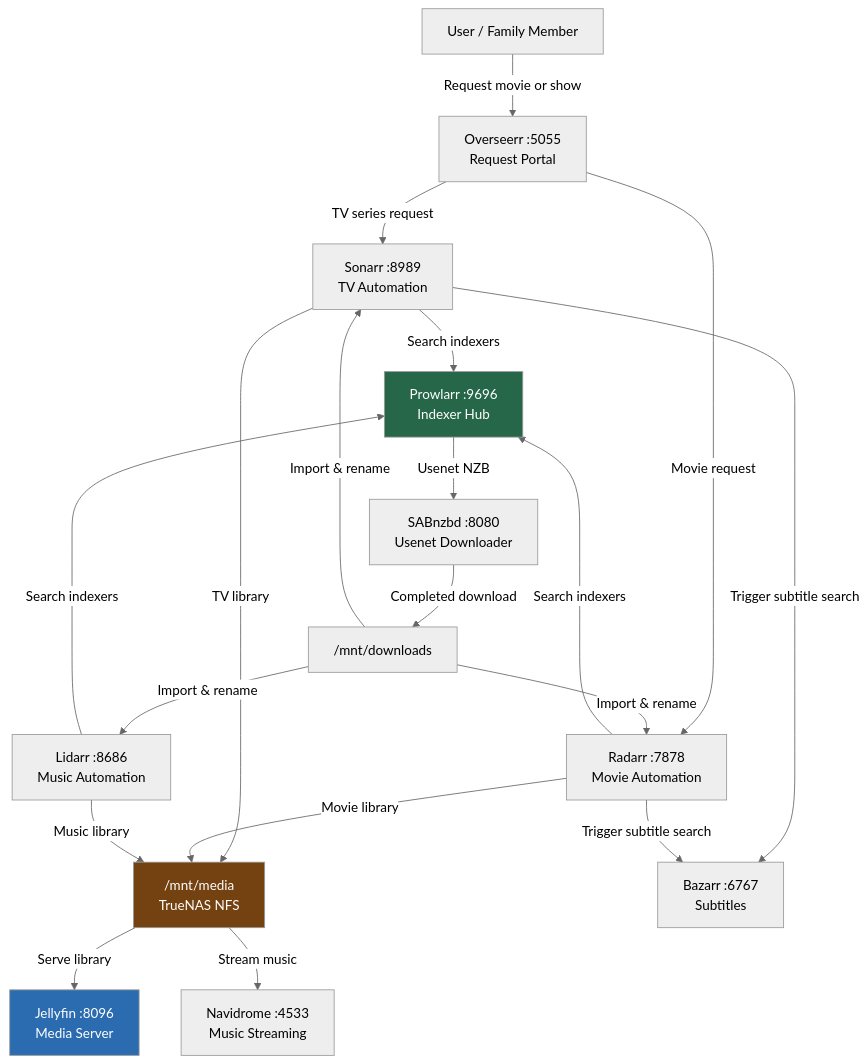
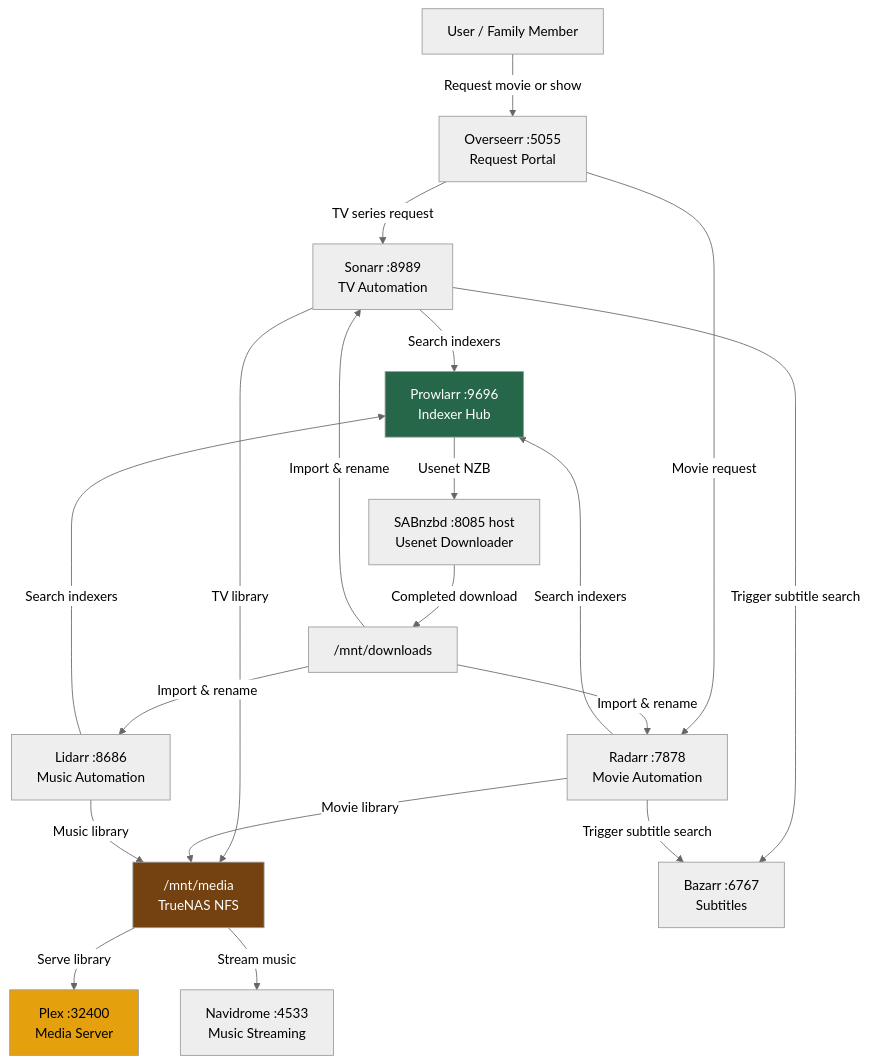
One commit to Kagiso-me/homelab-infrastructure changed the first of 2 diagrams in docker/docs/03_media_stack_and_reverse_proxy.md. Above: the diagram before and after it, drawn with Mermaid (neutral theme). The commit also changed other lines of this file and 6 other files, not shown here.

Commit message:
Refactor Flux GitOps guide prerequisites and bootstrap steps for clarity; add comprehensive application configuration guide for media stack services including Prowlarr, SABnzbd, Sonarr, Radarr, Lidarr, Bazarr, Overseerr, Plex, and Navidrome.

````diff
--- a/docker/docs/03_media_stack_and_reverse_proxy.md
+++ b/docker/docs/03_media_stack_and_reverse_proxy.md
@@ -49,25 +51,25 @@
 ```mermaid
 graph TD
     User["User / Family Member"] -->|"Request movie or show"| Overseerr["Overseerr :5055<br/>Request Portal"]
     Overseerr -->|"TV series request"| Sonarr["Sonarr :8989<br/>TV Automation"]
     Overseerr -->|"Movie request"| Radarr["Radarr :7878<br/>Movie Automation"]
     Sonarr -->|"Search indexers"| Prowlarr["Prowlarr :9696<br/>Indexer Hub"]
     Radarr -->|"Search indexers"| Prowlarr
     Lidarr["Lidarr :8686<br/>Music Automation"] -->|"Search indexers"| Prowlarr
-    Prowlarr -->|"Usenet NZB"| SABnzbd["SABnzbd :8080<br/>Usenet Downloader"]
+    Prowlarr -->|"Usenet NZB"| SABnzbd["SABnzbd :8085 host<br/>Usenet Downloader"]
     SABnzbd -->|"Completed download"| Downloads["/mnt/downloads"]
     Downloads -->|"Import & rename"| Sonarr
     Downloads -->|"Import & rename"| Radarr
     Downloads -->|"Import & rename"| Lidarr
     Sonarr -->|"TV library"| Media["/mnt/media<br/>TrueNAS NFS"]
     Radarr -->|"Movie library"| Media
     Lidarr -->|"Music library"| Media
-    Media -->|"Serve library"| Jellyfin["Jellyfin :8096<br/>Media Server"]
+    Media -->|"Serve library"| Plex["Plex :32400<br/>Media Server"]
     Media -->|"Stream music"| Navidrome["Navidrome :4533<br/>Music Streaming"]
     Sonarr -->|"Trigger subtitle search"| Bazarr["Bazarr :6767<br/>Subtitles"]
     Radarr -->|"Trigger subtitle search"| Bazarr
 
-    style Jellyfin fill:#2b6cb0,color:#fff
+    style Plex fill:#E5A00D,color:#000
     style Prowlarr fill:#276749,color:#fff
     style Media fill:#744210,color:#fff
 ```
````
